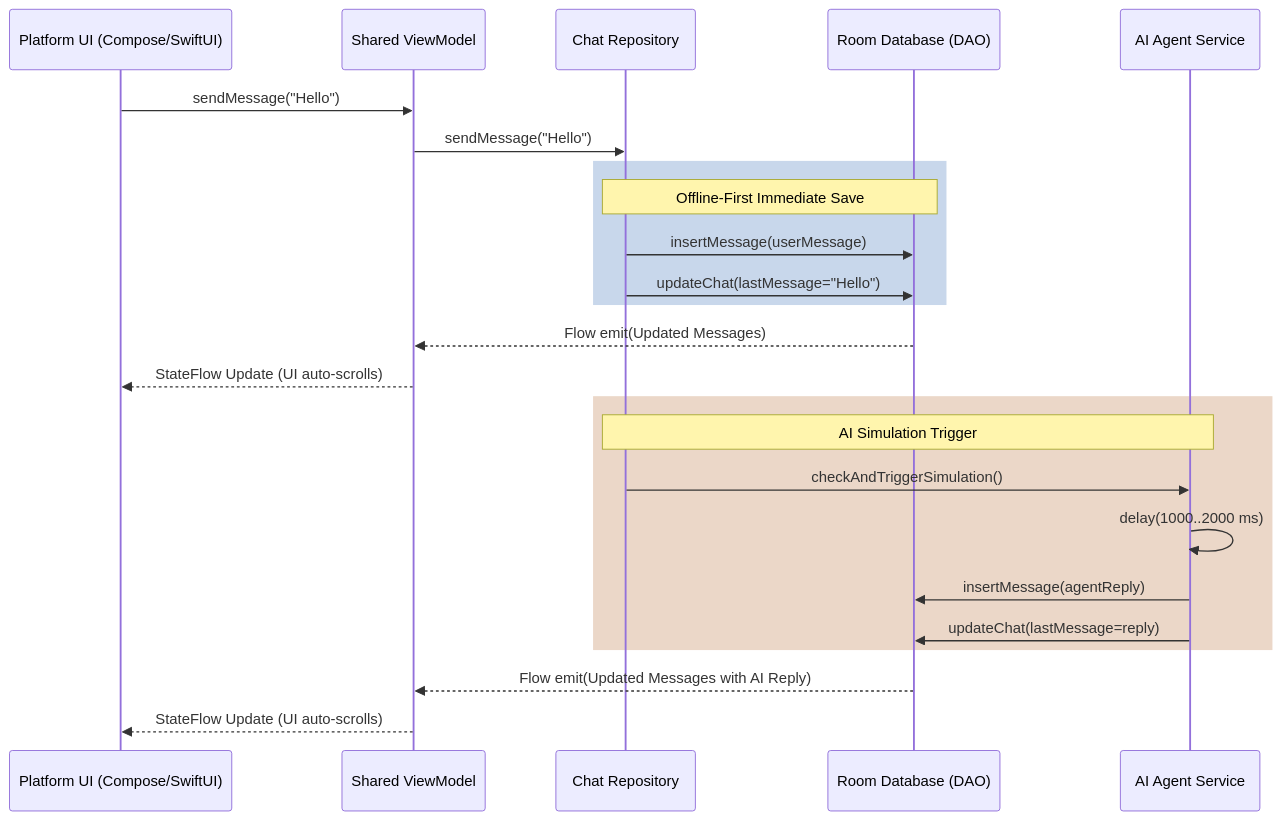
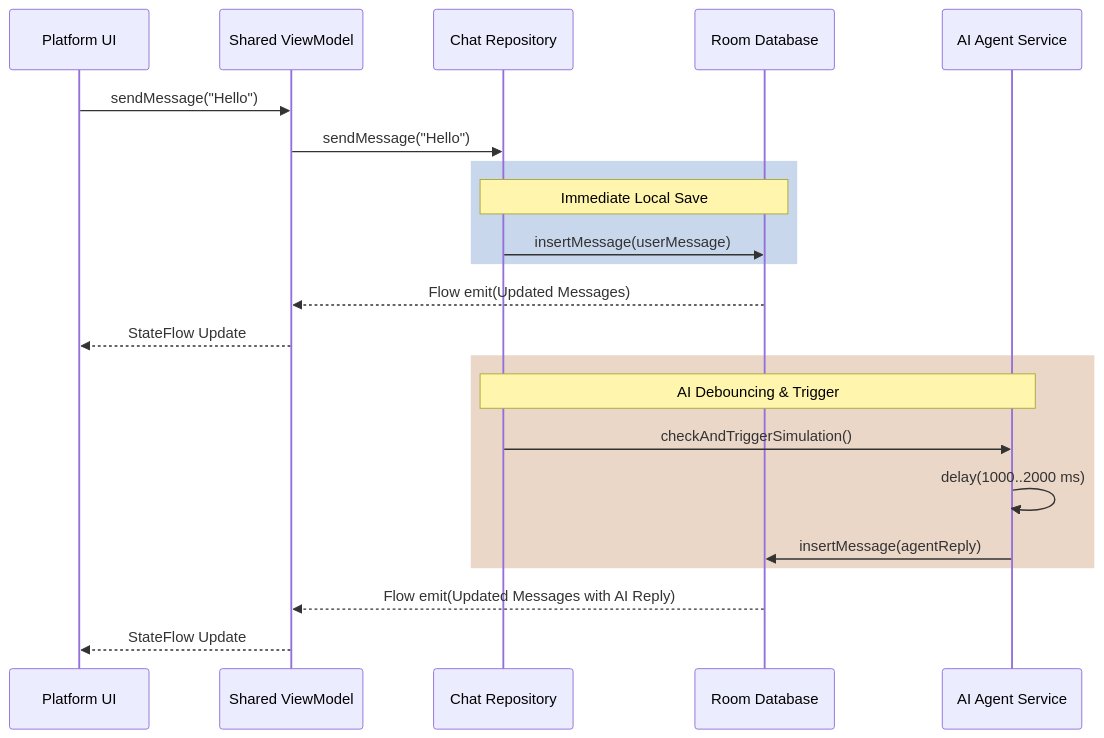
Before and after one commit to ashishekka97/offline-first-chat-kmp: the second of 2 diagrams in SYSTEM_DESIGN.md, drawn with Mermaid. The commit also changed other lines of this file and 1 other file, not shown here.

Commit message:
docs: synchronize design and architecture with refined roadmap

````diff
--- a/SYSTEM_DESIGN.md
+++ b/SYSTEM_DESIGN.md
@@ -147,31 +135,29 @@
 ```mermaid
 sequenceDiagram
-    participant UI as Platform UI (Compose/SwiftUI)
+    participant UI as Platform UI
     participant VM as Shared ViewModel
     participant Repo as Chat Repository
-    participant DB as Room Database (DAO)
+    participant DB as Room Database
     participant AI as AI Agent Service
 
     UI->>VM: sendMessage("Hello")
     VM->>Repo: sendMessage("Hello")
     
     rect rgb(200, 215, 235)
-        Note over Repo, DB: Offline-First Immediate Save
+        Note over Repo, DB: Immediate Local Save
         Repo->>DB: insertMessage(userMessage)
-        Repo->>DB: updateChat(lastMessage="Hello")
     end
     
     DB-->>VM: Flow emit(Updated Messages)
-    VM-->>UI: StateFlow Update (UI auto-scrolls)
+    VM-->>UI: StateFlow Update
     
     rect rgb(235, 215, 200)
-        Note over Repo, AI: AI Simulation Trigger
+        Note over Repo, AI: AI Debouncing & Trigger
         Repo->>AI: checkAndTriggerSimulation()
         AI->>AI: delay(1000..2000 ms)
         AI->>DB: insertMessage(agentReply)
-        AI->>DB: updateChat(lastMessage=reply)
     end
     
     DB-->>VM: Flow emit(Updated Messages with AI Reply)
-    VM-->>UI: StateFlow Update (UI auto-scrolls)
+    VM-->>UI: StateFlow Update
 ```
````
